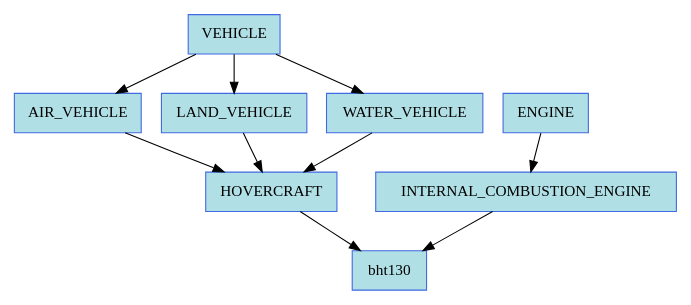
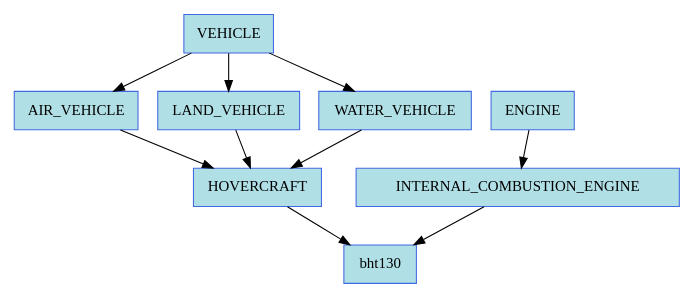
One commit to metomi/rose changed the fifth of 6 diagrams in sphinx/tutorial/cylc/furthertopics/inheritance.rst. Above: the diagram before and after it, drawn with Graphviz. The commit also changed other lines of this file, not shown here.

```diff
--- a/sphinx/tutorial/cylc/furthertopics/inheritance.rst
+++ b/sphinx/tutorial/cylc/furthertopics/inheritance.rst
@@ -451,19 +462,22 @@
 .. digraph:: Example
    :align: center
 
    size = "7,5"
    bgcolor=none
 
    VEHICLE [color=royalblue, fillcolor=powderblue, shape=box, style=filled]
    AIR_VEHICLE [color=royalblue, fillcolor=powderblue, shape=box, style=filled]
-   LAND_VEHICLE [color=royalblue, fillcolor=powderblue, shape=box, style=filled]
-   WATER_VEHICLE [color=royalblue, fillcolor=powderblue, shape=box, style=filled]
+   LAND_VEHICLE [color=royalblue, fillcolor=powderblue, shape=box,
+       style=filled]
+   WATER_VEHICLE [color=royalblue, fillcolor=powderblue, shape=box,
+       style=filled]
    HOVERCRAFT [color=royalblue, fillcolor=powderblue, shape=box, style=filled]
    bht130 [color=royalblue, fillcolor=powderblue, shape=box, style=filled]
    ENGINE [color=royalblue, fillcolor=powderblue, shape=box, style=filled]
-   INTERNAL_COMBUSTION_ENGINE [color=royalblue, fillcolor=powderblue, shape=box, style=filled]
+   INTERNAL_COMBUSTION_ENGINE [color=royalblue, fillcolor=powderblue,
+       shape=box, style=filled, margin="0.3,0.055"]
    VEHICLE -> AIR_VEHICLE -> HOVERCRAFT
    VEHICLE -> LAND_VEHICLE -> HOVERCRAFT
    VEHICLE -> WATER_VEHICLE -> HOVERCRAFT
    HOVERCRAFT -> bht130
    ENGINE -> INTERNAL_COMBUSTION_ENGINE -> bht130
```
